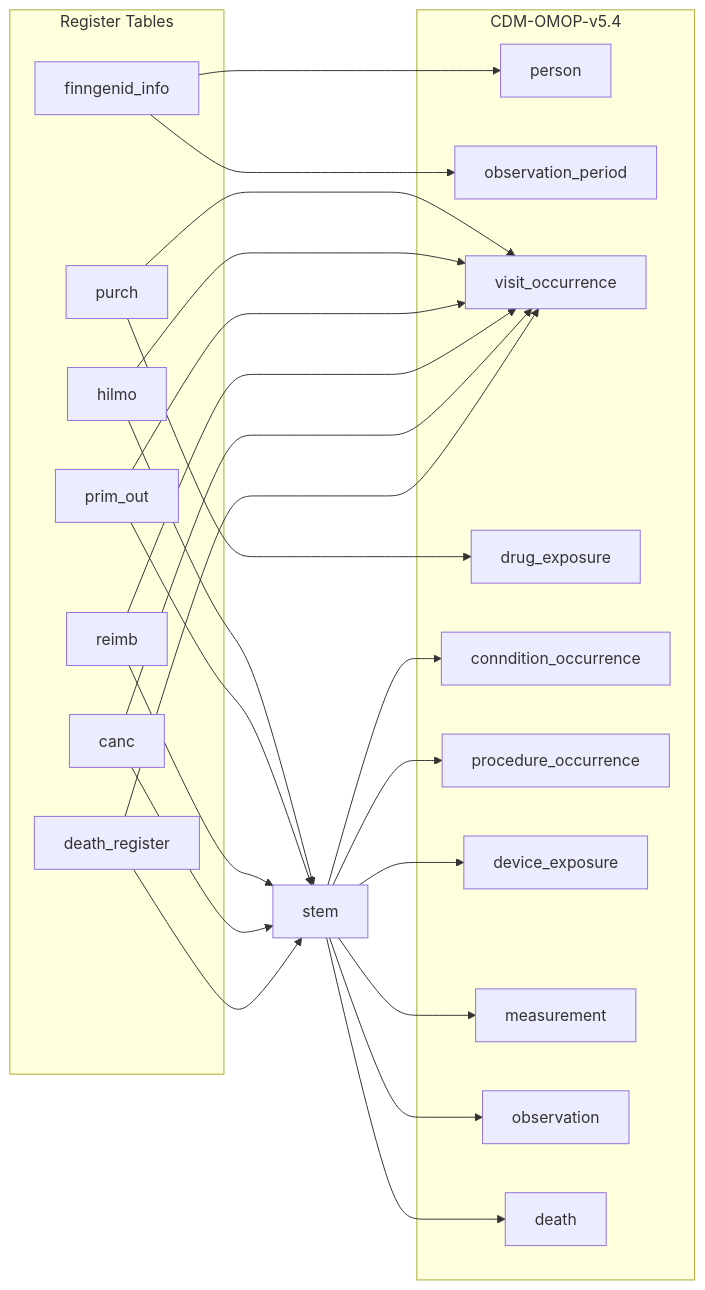
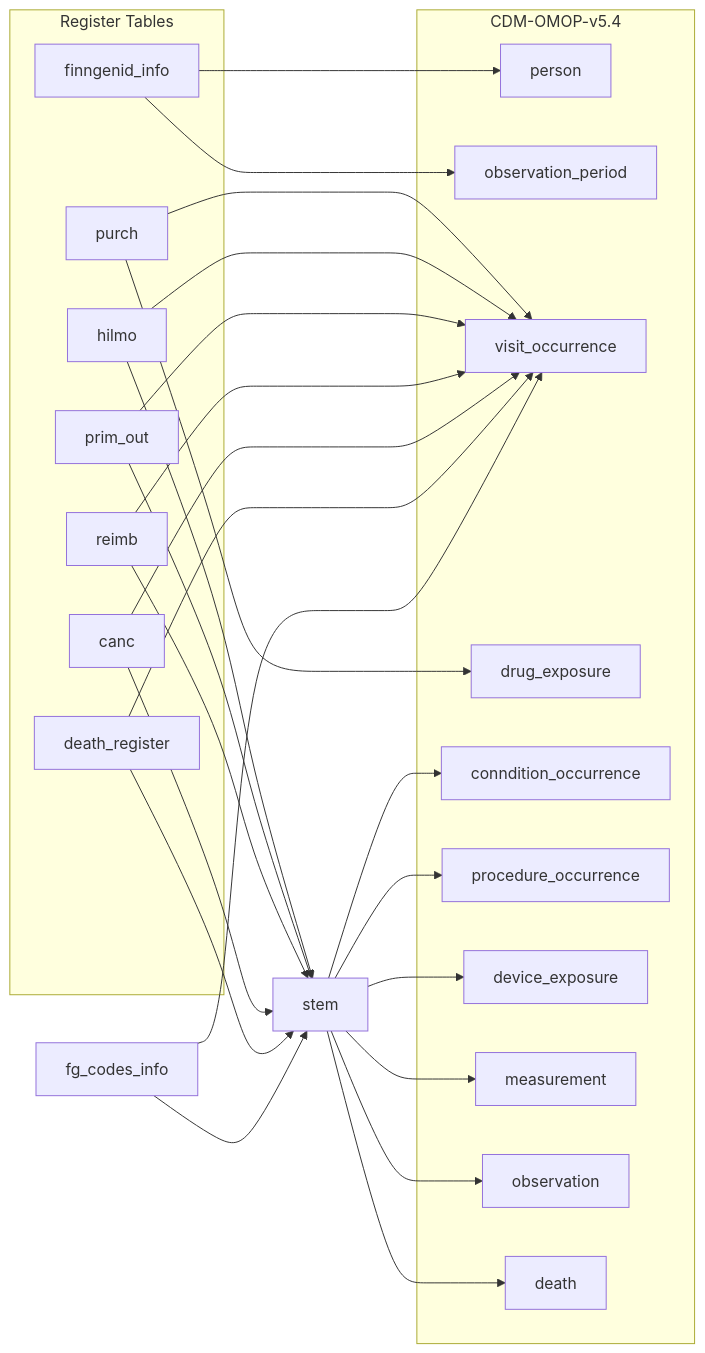
One commit to FINNGEN/ETL changed the diagram in 2_etl_specifications/documentation/index.md. Above: the diagram before and after it, drawn with Mermaid. The commit also changed 1 other file, not shown here.

Commit message:
re formated purch in visist_occurrence

````diff
--- a/2_etl_specifications/documentation/index.md
+++ b/2_etl_specifications/documentation/index.md
@@ -3,53 +3,58 @@
 ```mermaid
 flowchart LR
     subgraph Register Tables
         finngenid_info
         purch
         hilmo
         prim_out
         reimb
         canc
         death_register
     end
 
     subgraph CDM-OMOP-v5.4
         person
         observation_period
         visit_occurrence
         drug_exposure
         conndition_occurrence
         procedure_occurrence
         device_exposure
         measurement
         observation
         death
     end
+
 
     finngenid_info-->person
     finngenid_info-->observation_period
 
     purch --> visit_occurrence
     purch --> drug_exposure
 
     hilmo --> visit_occurrence
     hilmo --> stem
 
     prim_out --> visit_occurrence
     prim_out --> stem
 
     reimb --> visit_occurrence
     reimb --> stem
 
     canc --> visit_occurrence
     canc --> stem
 
     death_register --> visit_occurrence
     death_register --> stem
 
     stem --> conndition_occurrence 
     stem --> procedure_occurrence
     stem --> device_exposure
     stem --> observation
     stem --> measurement
     stem --> death
+
+    fg_codes_info --> stem 
+    fg_codes_info --> visit_occurrence 
+    
 ```
````
